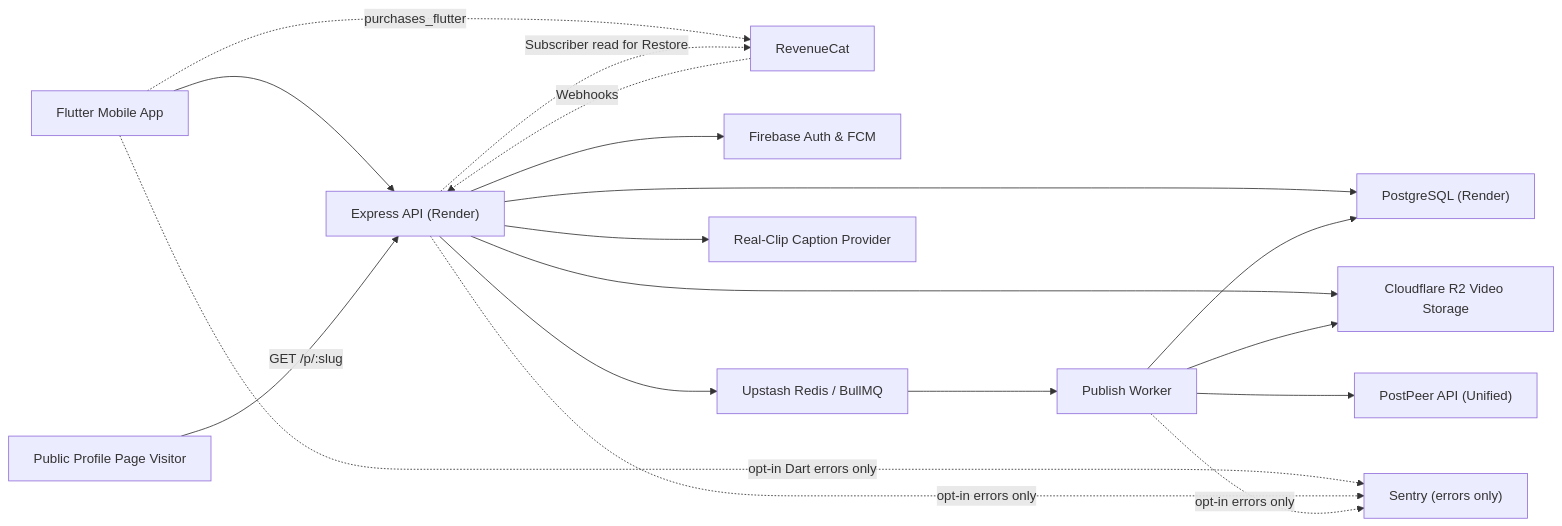
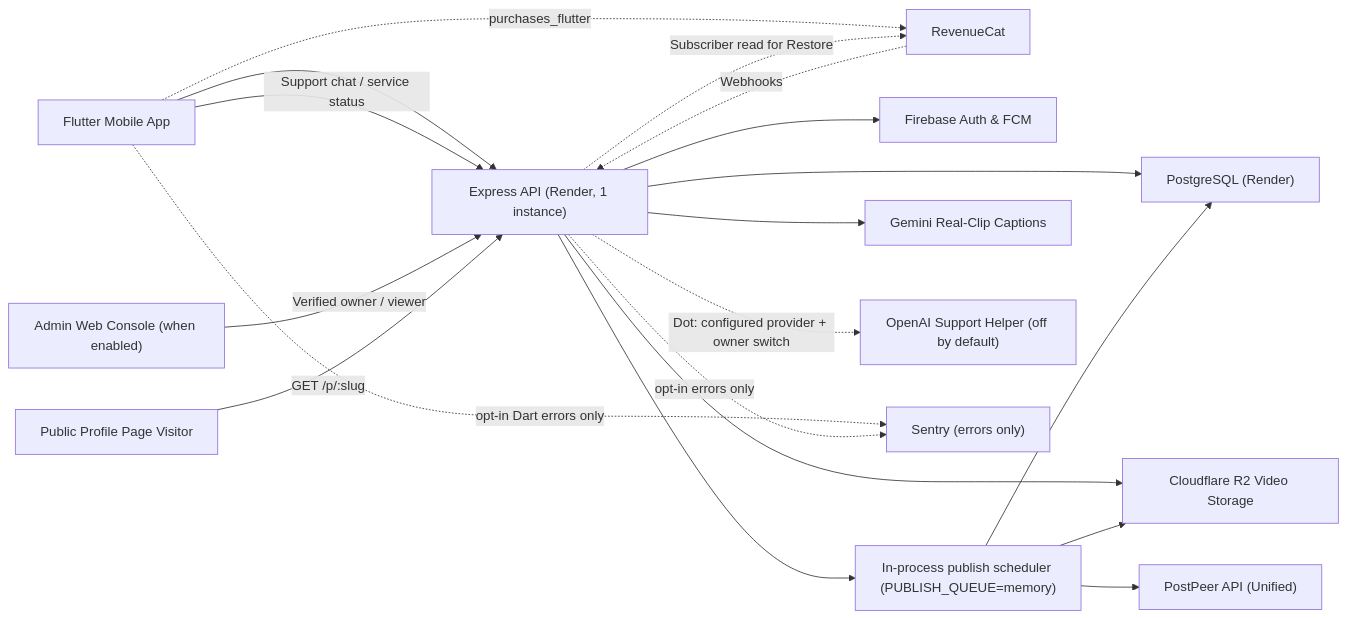
Before and after one commit to NOI56/PostDeeMobile: the first of 8 diagrams in ARCHITECTURE.md, drawn with Mermaid. The commit also changed other lines of this file and 3 other files, not shown here.

````diff
--- a/ARCHITECTURE.md
+++ b/ARCHITECTURE.md
@@ -1873,20 +1886,21 @@
 ```mermaid
 flowchart LR
-  Mobile["Flutter Mobile App"] --> API["Express API (Render)"]
+  Mobile["Flutter Mobile App"] --> API["Express API (Render, 1 instance)"]
+  Mobile -->|"Support chat / service status"| API
+  Admin["Admin Web Console (when enabled)"] -->|"Verified owner / viewer"| API
   Mobile -.->|purchases_flutter| RC["RevenueCat"]
   RC -.->|Webhooks| API
   API -.->|Subscriber read for Restore| RC
   API --> Auth["Firebase Auth & FCM"]
   API --> DB["PostgreSQL (Render)"]
   API --> Storage["Cloudflare R2 Video Storage"]
-  API --> Queue["Upstash Redis / BullMQ"]
-  API --> Captions["Real-Clip Caption Provider"]
+  API --> Scheduler["In-process publish scheduler (PUBLISH_QUEUE=memory)"]
+  API --> Captions["Gemini Real-Clip Captions"]
+  API -.->|"Dot: configured provider + owner switch"| SupportBot["OpenAI Support Helper (off by default)"]
   Browser["Public Profile Page Visitor"] -->|"GET /p/:slug"| API
-  Queue --> Worker["Publish Worker"]
-  Worker --> Social["PostPeer API (Unified)"]
-  Worker --> Storage
-  Worker --> DB
+  Scheduler --> Social["PostPeer API (Unified)"]
+  Scheduler --> Storage
+  Scheduler --> DB
   Mobile -.->|"opt-in Dart errors only"| Sentry["Sentry (errors only)"]
   API -.->|"opt-in errors only"| Sentry
-  Worker -.->|"opt-in errors only"| Sentry
 ```
````
